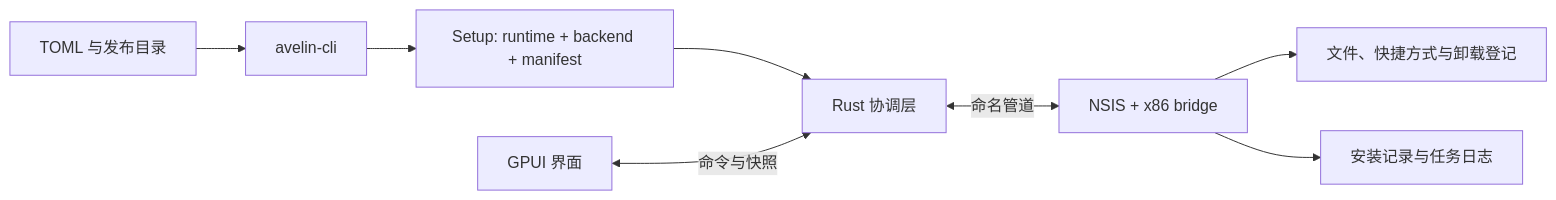
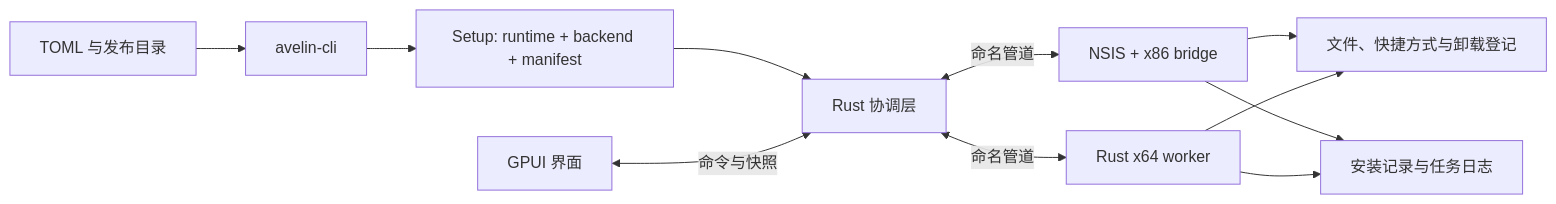
One commit to jincurry/avelin changed the diagram in docs/architecture.md. Above: the diagram before and after it, drawn with Mermaid. The commit also changed other lines of this file and 39 other files, not shown here.

First line of the commit message:
Add native Rust installer engine and Windows delivery CI

````diff
--- a/docs/architecture.md
+++ b/docs/architecture.md
@@ -7,10 +7,13 @@
 ```mermaid
 flowchart LR
   Config[TOML 与发布目录] --> CLI[avelin-cli]
   CLI --> Package[Setup: runtime + backend + manifest]
   Package --> Coordinator[Rust 协调层]
   UI[GPUI 界面] <-->|命令与快照| Coordinator
   Coordinator <-->|命名管道| Bridge[NSIS + x86 bridge]
+  Coordinator <-->|命名管道| Native[Rust x64 worker]
   Bridge --> Resources[文件、快捷方式与卸载登记]
   Bridge --> Receipt[安装记录与任务日志]
+  Native --> Resources
+  Native --> Receipt
 ```
````
